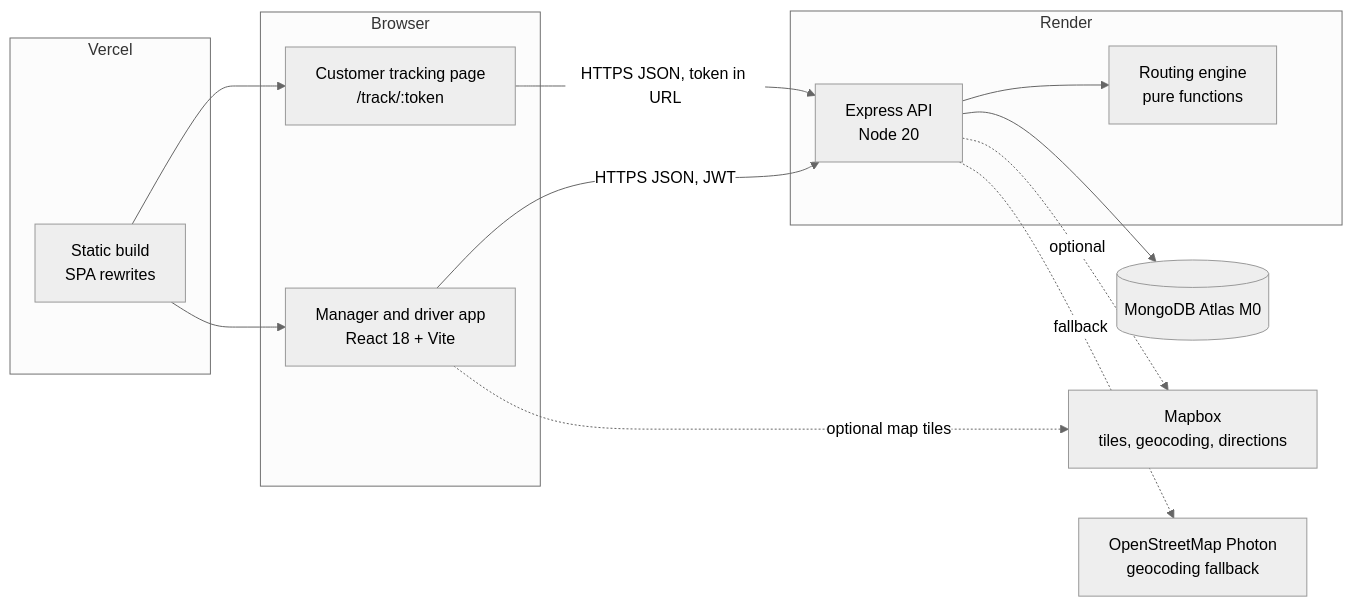
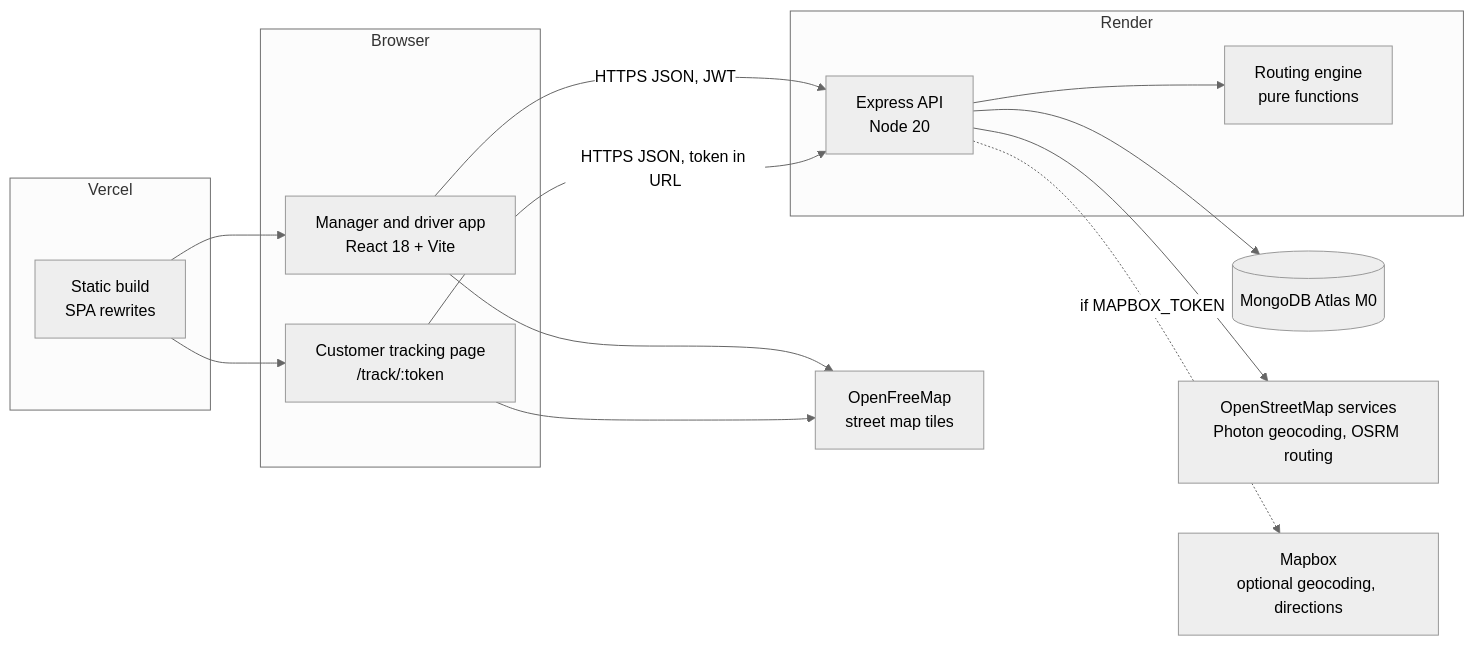
The diagram in docs/TECHNICAL.md (xreep/hopr), drawn with Mermaid (neutral theme) before and after one commit. The commit also changed other lines of this file and 4 other files, not shown here.

````diff
--- a/docs/TECHNICAL.md
+++ b/docs/TECHNICAL.md
@@ -47,27 +47,29 @@
 ```mermaid
 flowchart LR
   subgraph Browser
     M[Manager and driver app<br/>React 18 + Vite]
     C[Customer tracking page<br/>/track/:token]
   end
   subgraph Vercel
     S[Static build<br/>SPA rewrites]
   end
   subgraph Render
     A[Express API<br/>Node 20]
     O[Routing engine<br/>pure functions]
   end
   DB[(MongoDB Atlas M0)]
-  MB[Mapbox<br/>tiles, geocoding, directions]
-  PH[OpenStreetMap Photon<br/>geocoding fallback]
+  T[OpenFreeMap<br/>street map tiles]
+  OSM[OpenStreetMap services<br/>Photon geocoding, OSRM routing]
+  MB[Mapbox<br/>optional geocoding, directions]
 
   M -- HTTPS JSON, JWT --> A
   C -- HTTPS JSON, token in URL --> A
   S --> M
   S --> C
+  M --> T
+  C --> T
   A --> O
   A --> DB
-  A -. optional .-> MB
-  A -. fallback .-> PH
-  M -. optional map tiles .-> MB
+  A --> OSM
+  A -. if MAPBOX_TOKEN .-> MB
 ```
````
